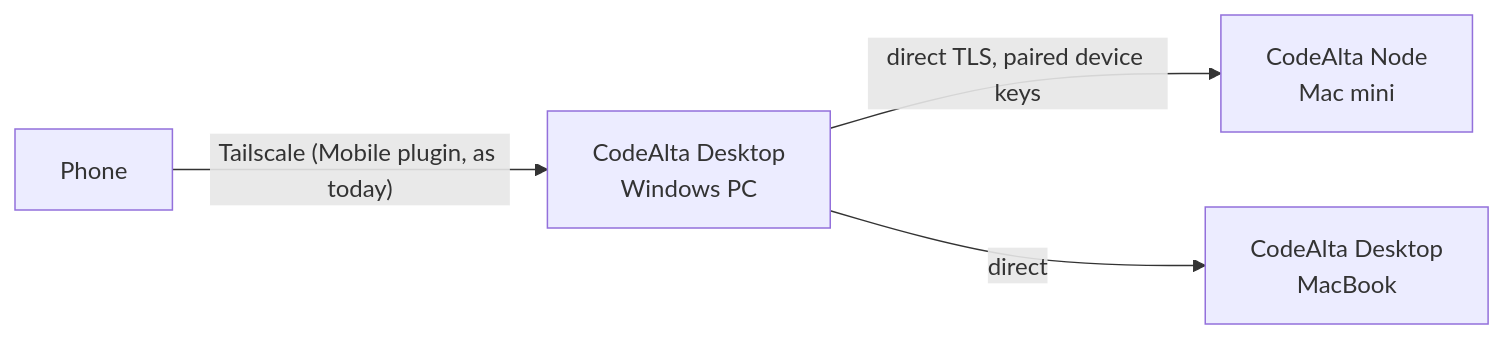
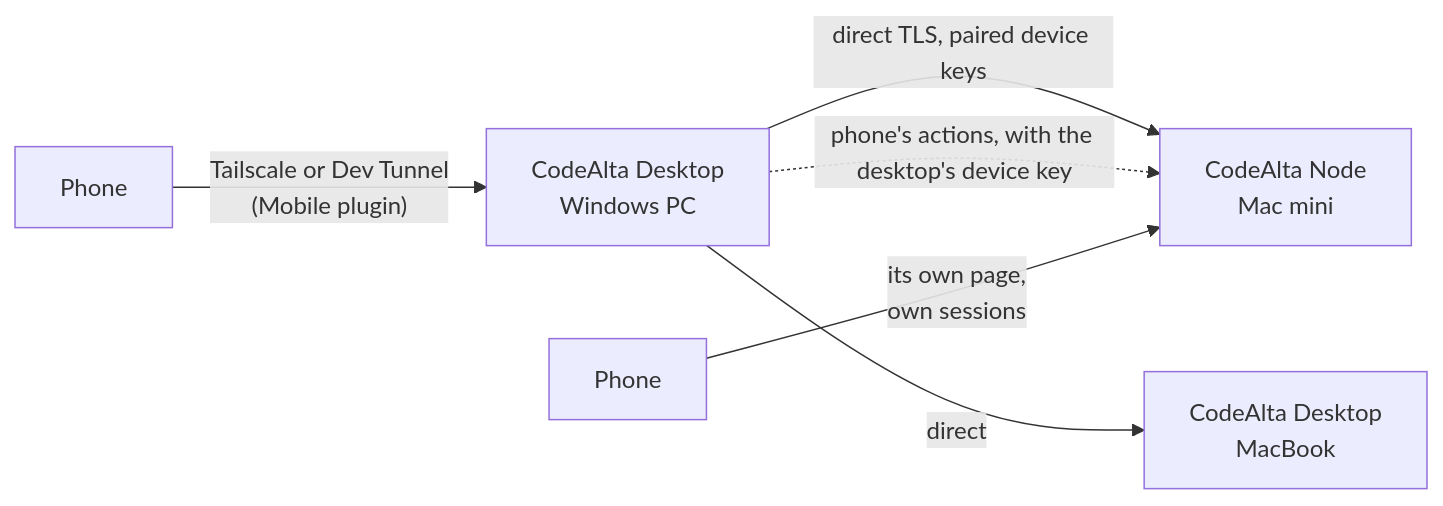
Before and after one commit to CodeAlta/CodeAlta: the first of 4 diagrams in doc/fleet/architecture.md, drawn with Mermaid. The commit also changed other lines of this file and 13 other files, not shown here.

Commit message:
Add doc of the phone page on nodes and of other machines (#456)

````diff
--- a/doc/fleet/architecture.md
+++ b/doc/fleet/architecture.md
@@ -49,6 +49,8 @@
 ```mermaid
 flowchart LR
     D[CodeAlta Desktop<br/>Windows PC] -- "direct TLS, paired device keys" --> N[CodeAlta Node<br/>Mac mini]
     D -- direct --> D2[CodeAlta Desktop<br/>MacBook]
-    P[Phone] -- "Tailscale (Mobile plugin, as today)" --> D
+    P[Phone] -- "Tailscale or Dev Tunnel<br/>(Mobile plugin)" --> D
+    D -. "phone's actions, with the desktop's device key" .-> N
+    P2[Phone] -- "its own page,<br/>own sessions" --> N
 ```
````
